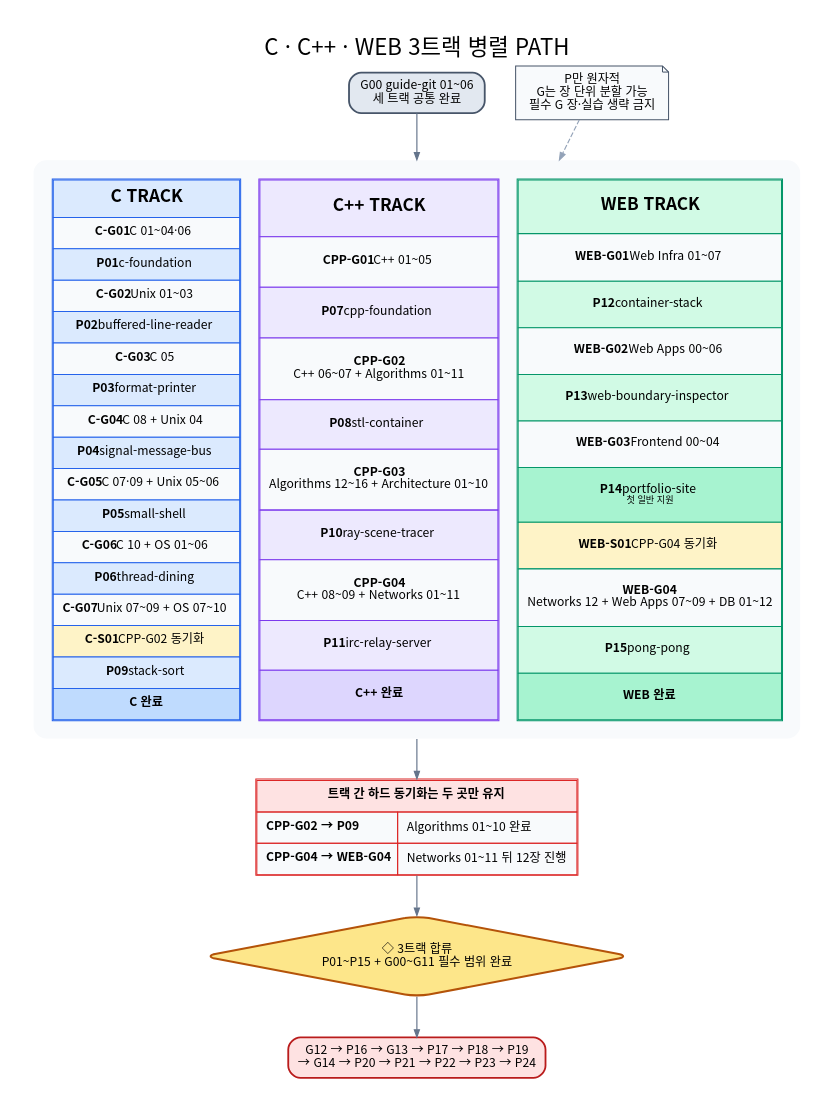
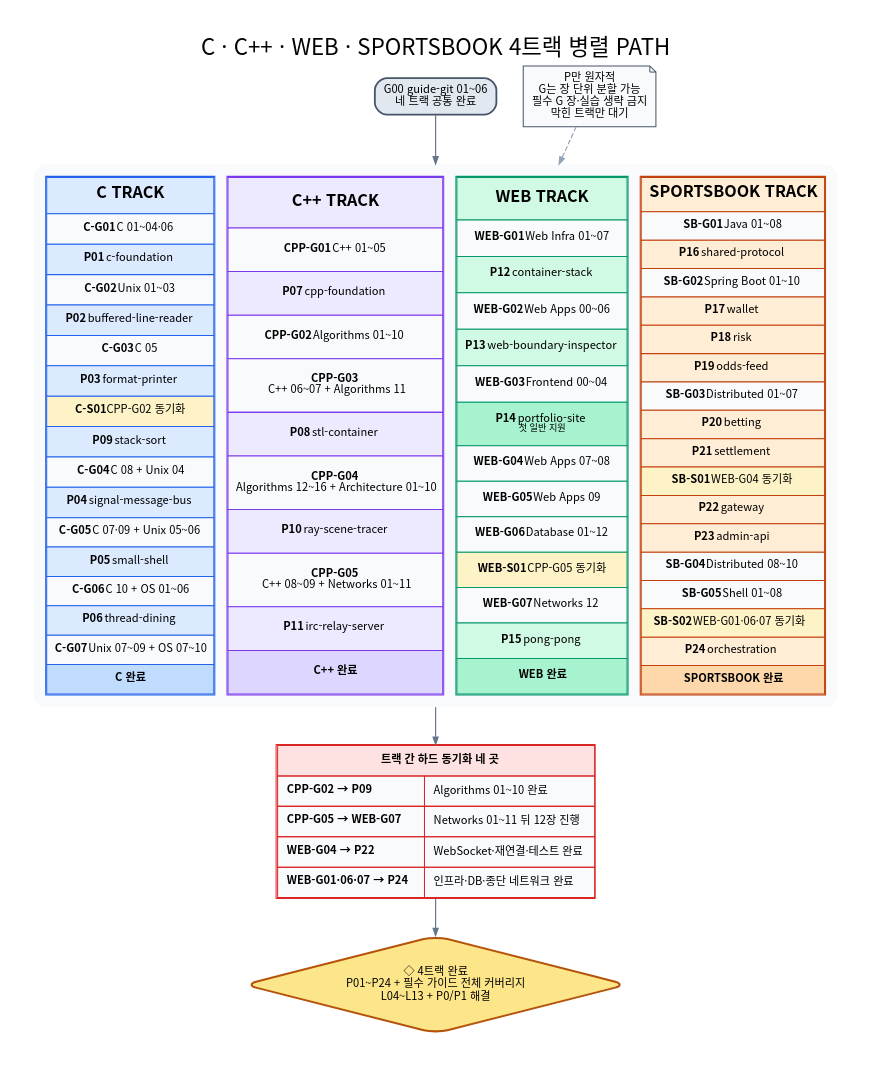
One commit to woopinbell/engineering-path-review changed the diagram in assets/path/parallel-path.dot. Above: the diagram before and after it, drawn with Graphviz. The commit also changed 24 other files, not shown here.

```diff
--- a/assets/path/parallel-path.dot
+++ b/assets/path/parallel-path.dot
@@ -1,85 +1,111 @@
 digraph ParallelPathOverview {
-  graph [rankdir=TB, bgcolor="white", pad="0.35", nodesep="0.42", ranksep="0.55",
+  graph [rankdir=TB, bgcolor="white", pad="0.35", nodesep="0.36", ranksep="0.52",
     fontname="Noto Sans CJK KR", fontsize=22,
-    label="C · C++ · WEB 3트랙 병렬 PATH", labelloc=t, splines=polyline];
-  node [shape=box, style="rounded,filled", fontname="Noto Sans CJK KR", fontsize=12,
-    margin="0.15,0.10", color="#64748b", fillcolor="#f8fafc"];
+    label="C · C++ · WEB · SPORTSBOOK 4트랙 병렬 PATH", labelloc=t, splines=polyline];
+  node [shape=box, style="rounded,filled", fontname="Noto Sans CJK KR", fontsize=11,
+    margin="0.14,0.09", color="#64748b", fillcolor="#f8fafc"];
   edge [fontname="Noto Sans CJK KR", fontsize=9, color="#64748b", arrowsize=0.72, penwidth=1.15];
 
-  START [label="G00 guide-git 01~06\n세 트랙 공통 완료", fillcolor="#e2e8f0", color="#475569", penwidth=1.8];
+  START [label="G00 guide-git 01~06\n네 트랙 공통 완료", fillcolor="#e2e8f0", color="#475569", penwidth=1.8];
 
   TRACKS [shape=plain, label=<
-    <TABLE BORDER="0" CELLBORDER="0" CELLSPACING="18" CELLPADDING="0">
+    <TABLE BORDER="0" CELLBORDER="0" CELLSPACING="12" CELLPADDING="0">
       <TR>
         <TD VALIGN="TOP">
-          <TABLE BORDER="1" CELLBORDER="1" CELLSPACING="0" CELLPADDING="8" COLOR="#2563eb">
-            <TR><TD BGCOLOR="#dbeafe"><FONT POINT-SIZE="17"><B>C TRACK</B></FONT></TD></TR>
+          <TABLE BORDER="1" CELLBORDER="1" CELLSPACING="0" CELLPADDING="7" COLOR="#2563eb">
+            <TR><TD BGCOLOR="#dbeafe"><FONT POINT-SIZE="16"><B>C TRACK</B></FONT></TD></TR>
             <TR><TD BGCOLOR="#f8fafc"><B>C-G01</B> C 01~04·06</TD></TR>
             <TR><TD BGCOLOR="#dbeafe"><B>P01</B> c-foundation</TD></TR>
             <TR><TD BGCOLOR="#f8fafc"><B>C-G02</B> Unix 01~03</TD></TR>
             <TR><TD BGCOLOR="#dbeafe"><B>P02</B> buffered-line-reader</TD></TR>
             <TR><TD BGCOLOR="#f8fafc"><B>C-G03</B> C 05</TD></TR>
             <TR><TD BGCOLOR="#dbeafe"><B>P03</B> format-printer</TD></TR>
+            <TR><TD BGCOLOR="#fef3c7"><B>C-S01</B> CPP-G02 동기화</TD></TR>
+            <TR><TD BGCOLOR="#dbeafe"><B>P09</B> stack-sort</TD></TR>
             <TR><TD BGCOLOR="#f8fafc"><B>C-G04</B> C 08 + Unix 04</TD></TR>
             <TR><TD BGCOLOR="#dbeafe"><B>P04</B> signal-message-bus</TD></TR>
             <TR><TD BGCOLOR="#f8fafc"><B>C-G05</B> C 07·09 + Unix 05~06</TD></TR>
             <TR><TD BGCOLOR="#dbeafe"><B>P05</B> small-shell</TD></TR>
             <TR><TD BGCOLOR="#f8fafc"><B>C-G06</B> C 10 + OS 01~06</TD></TR>
             <TR><TD BGCOLOR="#dbeafe"><B>P06</B> thread-dining</TD></TR>
             <TR><TD BGCOLOR="#f8fafc"><B>C-G07</B> Unix 07~09 + OS 07~10</TD></TR>
-            <TR><TD BGCOLOR="#fef3c7"><B>C-S01</B> CPP-G02 동기화</TD></TR>
-            <TR><TD BGCOLOR="#dbeafe"><B>P09</B> stack-sort</TD></TR>
             <TR><TD BGCOLOR="#bfdbfe"><B>C 완료</B></TD></TR>
           </TABLE>
         </TD>
         <TD VALIGN="TOP">
-          <TABLE BORDER="1" CELLBORDER="1" CELLSPACING="0" CELLPADDING="8" COLOR="#7c3aed">
-            <TR><TD BGCOLOR="#ede9fe"><FONT POINT-SIZE="17"><B>C++ TRACK</B></FONT></TD></TR>
+          <TABLE BORDER="1" CELLBORDER="1" CELLSPACING="0" CELLPADDING="7" COLOR="#7c3aed">
+            <TR><TD BGCOLOR="#ede9fe"><FONT POINT-SIZE="16"><B>C++ TRACK</B></FONT></TD></TR>
             <TR><TD BGCOLOR="#f8fafc"><B>CPP-G01</B> C++ 01~05</TD></TR>
             <TR><TD BGCOLOR="#ede9fe"><B>P07</B> cpp-foundation</TD></TR>
-            <TR><TD BGCOLOR="#f8fafc"><B>CPP-G02</B><BR/>C++ 06~07 + Algorithms 01~11</TD></TR>
+            <TR><TD BGCOLOR="#f8fafc"><B>CPP-G02</B> Algorithms 01~10</TD></TR>
+            <TR><TD BGCOLOR="#f8fafc"><B>CPP-G03</B><BR/>C++ 06~07 + Algorithms 11</TD></TR>
             <TR><TD BGCOLOR="#ede9fe"><B>P08</B> stl-container</TD></TR>
-            <TR><TD BGCOLOR="#f8fafc"><B>CPP-G03</B><BR/>Algorithms 12~16 + Architecture 01~10</TD></TR>
+            <TR><TD BGCOLOR="#f8fafc"><B>CPP-G04</B><BR/>Algorithms 12~16 + Architecture 01~10</TD></TR>
             <TR><TD BGCOLOR="#ede9fe"><B>P10</B> ray-scene-tracer</TD></TR>
-            <TR><TD BGCOLOR="#f8fafc"><B>CPP-G04</B><BR/>C++ 08~09 + Networks 01~11</TD></TR>
+            <TR><TD BGCOLOR="#f8fafc"><B>CPP-G05</B><BR/>C++ 08~09 + Networks 01~11</TD></TR>
             <TR><TD BGCOLOR="#ede9fe"><B>P11</B> irc-relay-server</TD></TR>
             <TR><TD BGCOLOR="#ddd6fe"><B>C++ 완료</B></TD></TR>
           </TABLE>
         </TD>
         <TD VALIGN="TOP">
-          <TABLE BORDER="1" CELLBORDER="1" CELLSPACING="0" CELLPADDING="8" COLOR="#059669">
-            <TR><TD BGCOLOR="#d1fae5"><FONT POINT-SIZE="17"><B>WEB TRACK</B></FONT></TD></TR>
+          <TABLE BORDER="1" CELLBORDER="1" CELLSPACING="0" CELLPADDING="7" COLOR="#059669">
+            <TR><TD BGCOLOR="#d1fae5"><FONT POINT-SIZE="16"><B>WEB TRACK</B></FONT></TD></TR>
             <TR><TD BGCOLOR="#f8fafc"><B>WEB-G01</B> Web Infra 01~07</TD></TR>
             <TR><TD BGCOLOR="#d1fae5"><B>P12</B> container-stack</TD></TR>
             <TR><TD BGCOLOR="#f8fafc"><B>WEB-G02</B> Web Apps 00~06</TD></TR>
             <TR><TD BGCOLOR="#d1fae5"><B>P13</B> web-boundary-inspector</TD></TR>
             <TR><TD BGCOLOR="#f8fafc"><B>WEB-G03</B> Frontend 00~04</TD></TR>
             <TR><TD BGCOLOR="#a7f3d0"><B>P14</B> portfolio-site<BR/><FONT POINT-SIZE="9">첫 일반 지원</FONT></TD></TR>
-            <TR><TD BGCOLOR="#fef3c7"><B>WEB-S01</B> CPP-G04 동기화</TD></TR>
-            <TR><TD BGCOLOR="#f8fafc"><B>WEB-G04</B><BR/>Networks 12 + Web Apps 07~09 + DB 01~12</TD></TR>
+            <TR><TD BGCOLOR="#f8fafc"><B>WEB-G04</B> Web Apps 07~08</TD></TR>
+            <TR><TD BGCOLOR="#f8fafc"><B>WEB-G05</B> Web Apps 09</TD></TR>
+            <TR><TD BGCOLOR="#f8fafc"><B>WEB-G06</B> Database 01~12</TD></TR>
+            <TR><TD BGCOLOR="#fef3c7"><B>WEB-S01</B> CPP-G05 동기화</TD></TR>
+            <TR><TD BGCOLOR="#f8fafc"><B>WEB-G07</B> Networks 12</TD></TR>
             <TR><TD BGCOLOR="#d1fae5"><B>P15</B> pong-pong</TD></TR>
             <TR><TD BGCOLOR="#a7f3d0"><B>WEB 완료</B></TD></TR>
+          </TABLE>
+        </TD>
+        <TD VALIGN="TOP">
+          <TABLE BORDER="1" CELLBORDER="1" CELLSPACING="0" CELLPADDING="7" COLOR="#c2410c">
+            <TR><TD BGCOLOR="#ffedd5"><FONT POINT-SIZE="16"><B>SPORTSBOOK TRACK</B></FONT></TD></TR>
+            <TR><TD BGCOLOR="#f8fafc"><B>SB-G01</B> Java 01~08</TD></TR>
+            <TR><TD BGCOLOR="#ffedd5"><B>P16</B> shared-protocol</TD></TR>
+            <TR><TD BGCOLOR="#f8fafc"><B>SB-G02</B> Spring Boot 01~10</TD></TR>
+            <TR><TD BGCOLOR="#ffedd5"><B>P17</B> wallet</TD></TR>
+            <TR><TD BGCOLOR="#ffedd5"><B>P18</B> risk</TD></TR>
+            <TR><TD BGCOLOR="#ffedd5"><B>P19</B> odds-feed</TD></TR>
+            <TR><TD BGCOLOR="#f8fafc"><B>SB-G03</B> Distributed 01~07</TD></TR>
+            <TR><TD BGCOLOR="#ffedd5"><B>P20</B> betting</TD></TR>
+            <TR><TD BGCOLOR="#ffedd5"><B>P21</B> settlement</TD></TR>
+            <TR><TD BGCOLOR="#fef3c7"><B>SB-S01</B> WEB-G04 동기화</TD></TR>
+            <TR><TD BGCOLOR="#ffedd5"><B>P22</B> gateway</TD></TR>
+            <TR><TD BGCOLOR="#ffedd5"><B>P23</B> admin-api</TD></TR>
+            <TR><TD BGCOLOR="#f8fafc"><B>SB-G04</B> Distributed 08~10</TD></TR>
+            <TR><TD BGCOLOR="#f8fafc"><B>SB-G05</B> Shell 01~08</TD></TR>
+            <TR><TD BGCOLOR="#fef3c7"><B>SB-S02</B> WEB-G01·06·07 동기화</TD></TR>
+            <TR><TD BGCOLOR="#ffedd5"><B>P24</B> orchestration</TD></TR>
+            <TR><TD BGCOLOR="#fed7aa"><B>SPORTSBOOK 완료</B></TD></TR>
           </TABLE>
         </TD>
       </TR>
     </TABLE>
   >];
 
   SYNC [shape=plain, label=<
     <TABLE BORDER="1" CELLBORDER="1" CELLSPACING="0" CELLPADDING="8" COLOR="#dc2626">
-      <TR><TD BGCOLOR="#fee2e2" COLSPAN="2"><B>트랙 간 하드 동기화는 두 곳만 유지</B></TD></TR>
+      <TR><TD BGCOLOR="#fee2e2" COLSPAN="2"><B>트랙 간 하드 동기화 네 곳</B></TD></TR>
       <TR><TD ALIGN="LEFT"><B>CPP-G02 → P09</B></TD><TD ALIGN="LEFT">Algorithms 01~10 완료</TD></TR>
-      <TR><TD ALIGN="LEFT"><B>CPP-G04 → WEB-G04</B></TD><TD ALIGN="LEFT">Networks 01~11 뒤 12장 진행</TD></TR>
+      <TR><TD ALIGN="LEFT"><B>CPP-G05 → WEB-G07</B></TD><TD ALIGN="LEFT">Networks 01~11 뒤 12장 진행</TD></TR>
+      <TR><TD ALIGN="LEFT"><B>WEB-G04 → P22</B></TD><TD ALIGN="LEFT">WebSocket·재연결·테스트 완료</TD></TR>
+      <TR><TD ALIGN="LEFT"><B>WEB-G01·06·07 → P24</B></TD><TD ALIGN="LEFT">인프라·DB·종단 네트워크 완료</TD></TR>
     </TABLE>
   >];
 
-  RULE [shape=note, label="P만 원자적\nG는 장 단위 분할 가능\n필수 G 장·실습 생략 금지", fillcolor="#f8fafc", color="#475569"];
+  RULE [shape=note, label="P만 원자적\nG는 장 단위 분할 가능\n필수 G 장·실습 생략 금지\n막힌 트랙만 대기", fillcolor="#f8fafc", color="#475569"];
 
-  MERGE [label="◇ 3트랙 합류\nP01~P15 + G00~G11 필수 범위 완료", shape=diamond,
+  COMPLETE [label="◇ 4트랙 완료\nP01~P24 + 필수 가이드 전체 커버리지\nL04~L13 + P0/P1 해결", shape=diamond,
     fillcolor="#fde68a", color="#b45309", penwidth=2];
-  POST [label="G12 → P16 → G13 → P17 → P18 → P19\n→ G14 → P20 → P21 → P22 → P23 → P24",
-    fillcolor="#fee2e2", color="#b91c1c", penwidth=1.8];
 
-  START -> TRACKS -> SYNC -> MERGE -> POST;
+  START -> TRACKS -> SYNC -> COMPLETE;
   RULE -> TRACKS [style=dashed, color="#94a3b8", constraint=false];
 }
```
